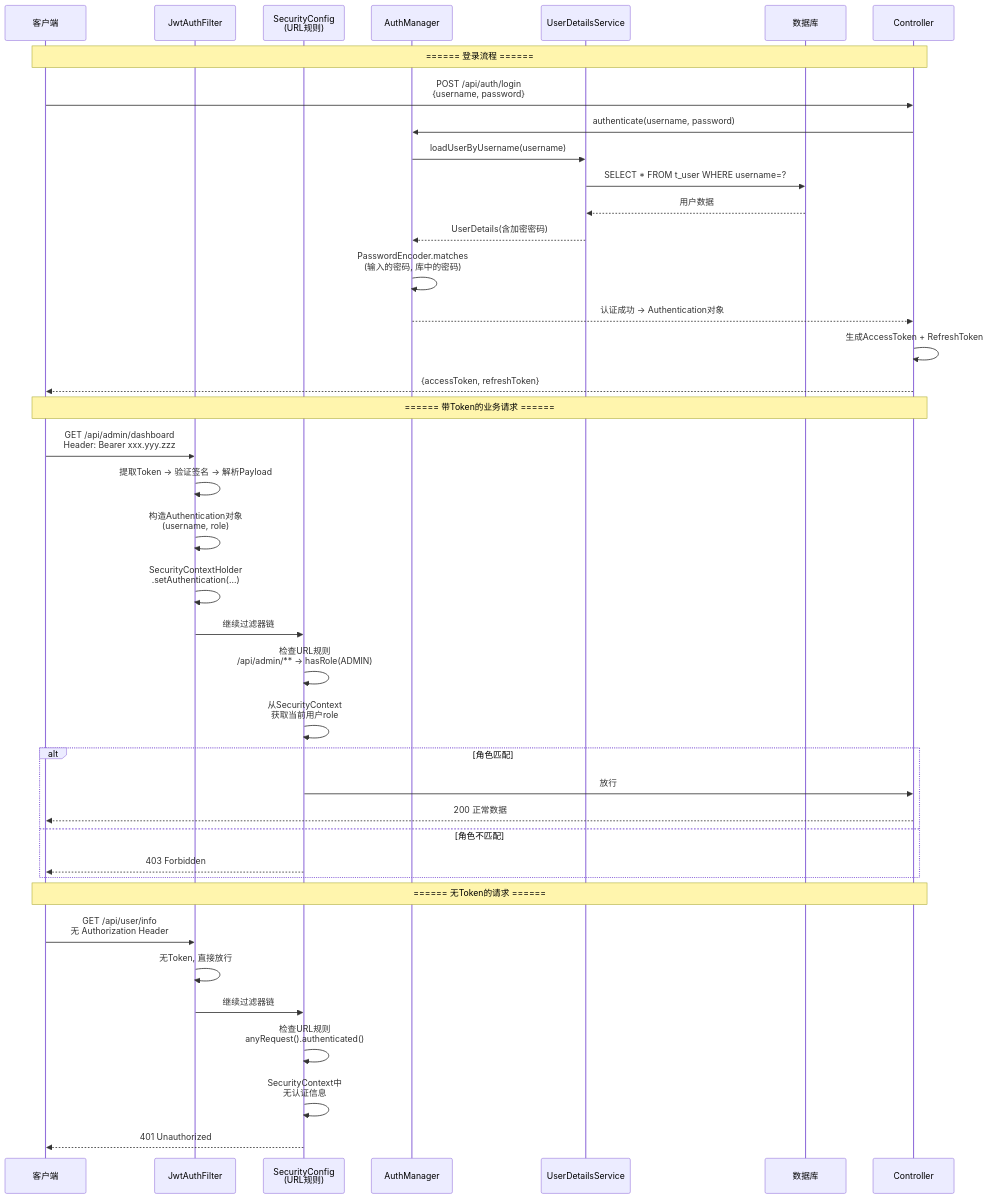
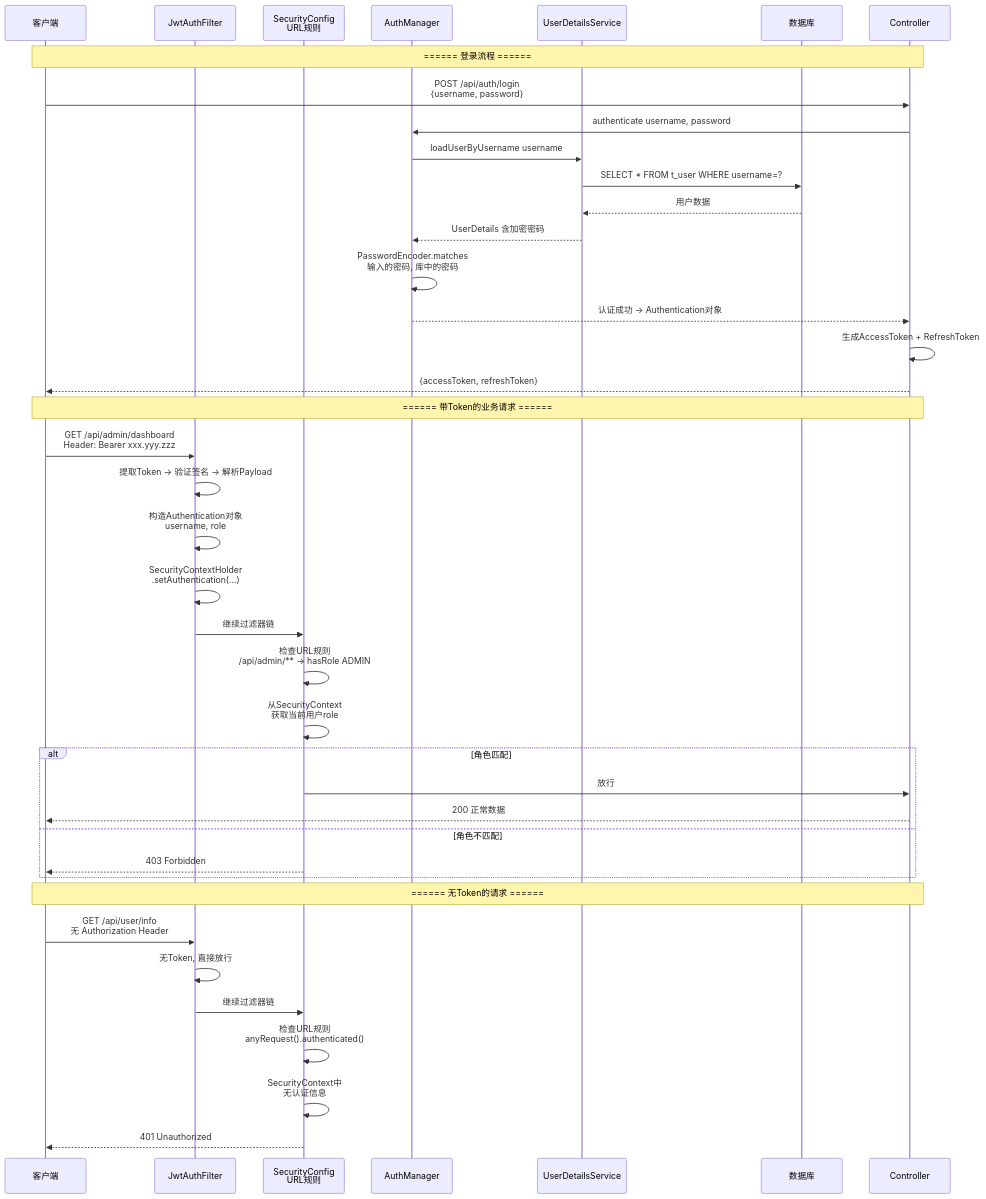
The sixth of 6 diagrams in content/posts/springsecurity/SpringSecurityJwtAuthGuide.md (yaocat55/yaocat55.github.io), drawn with Mermaid before and after one commit. The commit also changed other lines of this file and 5 other files, not shown here.

````diff
--- a/content/posts/springsecurity/SpringSecurityJwtAuthGuide.md
+++ b/content/posts/springsecurity/SpringSecurityJwtAuthGuide.md
@@ -1366,46 +1679,46 @@
 ```mermaid
 sequenceDiagram
     participant C as 客户端
     participant JWT as JwtAuthFilter
-    participant SEC as SecurityConfig<br/>(URL规则)
+    participant SEC as SecurityConfig<br/>URL规则
     participant AM as AuthManager
     participant UDS as UserDetailsService
     participant DB as 数据库
     participant API as Controller
 
     Note over C,API: ====== 登录流程 ======
     C->>API: POST /api/auth/login<br/>{username, password}
-    API->>AM: authenticate(username, password)
-    AM->>UDS: loadUserByUsername(username)
+    API->>AM: authenticate username, password
+    AM->>UDS: loadUserByUsername username
     UDS->>DB: SELECT * FROM t_user WHERE username=?
     DB-->>UDS: 用户数据
-    UDS-->>AM: UserDetails(含加密密码)
-    AM->>AM: PasswordEncoder.matches<br/>(输入的密码, 库中的密码)
+    UDS-->>AM: UserDetails 含加密密码
+    AM->>AM: PasswordEncoder.matches<br/>输入的密码, 库中的密码
     AM-->>API: 认证成功 → Authentication对象
     API->>API: 生成AccessToken + RefreshToken
     API-->>C: {accessToken, refreshToken}
 
     Note over C,API: ====== 带Token的业务请求 ======
     C->>JWT: GET /api/admin/dashboard<br/>Header: Bearer xxx.yyy.zzz
     JWT->>JWT: 提取Token → 验证签名 → 解析Payload
-    JWT->>JWT: 构造Authentication对象<br/>(username, role)
+    JWT->>JWT: 构造Authentication对象<br/>username, role
     JWT->>JWT: SecurityContextHolder<br/>.setAuthentication(...)
     JWT->>SEC: 继续过滤器链
 
-    SEC->>SEC: 检查URL规则<br/>/api/admin/** → hasRole(ADMIN)
+    SEC->>SEC: 检查URL规则<br/>/api/admin/** → hasRole ADMIN
     SEC->>SEC: 从SecurityContext<br/>获取当前用户role
     alt 角色匹配
         SEC->>API: 放行
         API-->>C: 200 正常数据
     else 角色不匹配
         SEC-->>C: 403 Forbidden
     end
 
     Note over C,API: ====== 无Token的请求 ======
     C->>JWT: GET /api/user/info<br/>无 Authorization Header
     JWT->>JWT: 无Token, 直接放行
     JWT->>SEC: 继续过滤器链
     SEC->>SEC: 检查URL规则<br/>anyRequest().authenticated()
     SEC->>SEC: SecurityContext中<br/>无认证信息
     SEC-->>C: 401 Unauthorized
 ```
````
